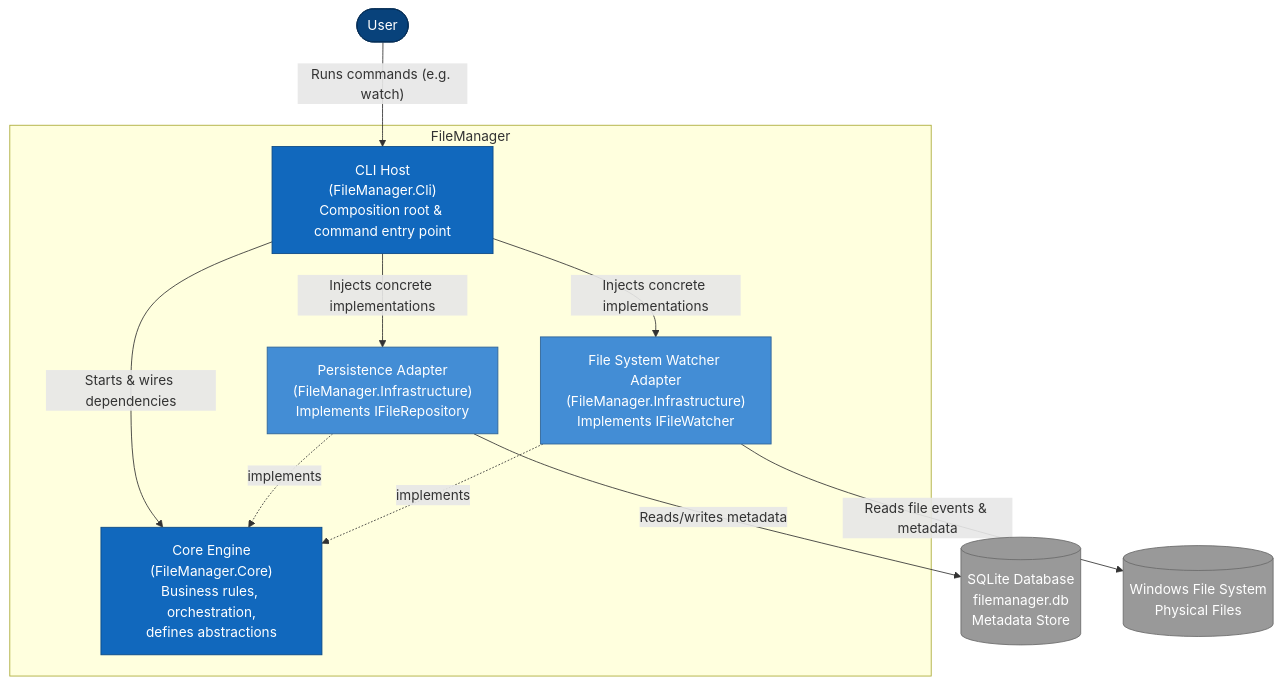
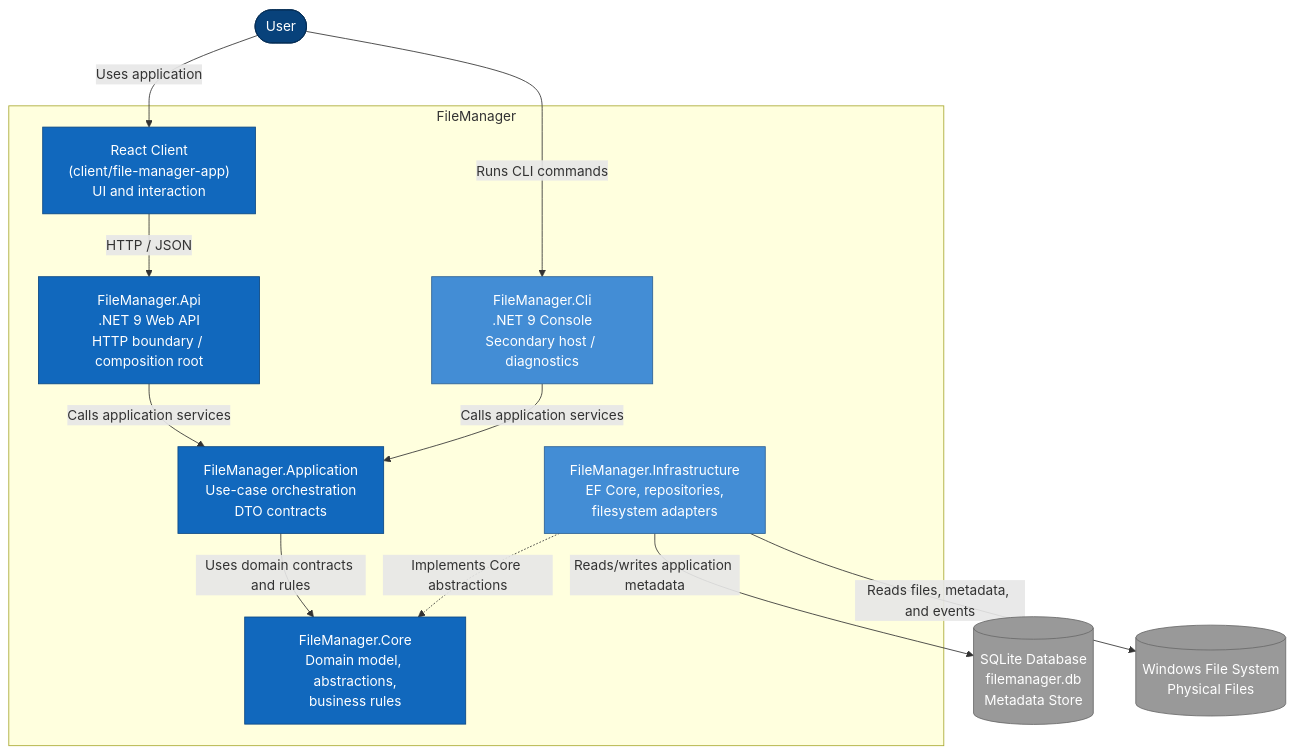
The diagram in Docs/c4/C2-CONTAINER.md (tamar-dev/FileManager), drawn with Mermaid before and after one commit. The commit also changed other lines of this file and 8 other files, not shown here.

Commit message:
docs: sync architecture, domain model, data flows and ADRs

`````diff
--- a/Docs/c4/C2-CONTAINER.md
+++ b/Docs/c4/C2-CONTAINER.md
@@ -14,33 +26,41 @@
 ```mermaid
 graph TB
     User([User])
 
     subgraph "FileManager"
-        CLI["CLI Host<br/>(FileManager.Cli)<br/>Composition root & command entry point"]
-        Core["Core Engine<br/>(FileManager.Core)<br/>Business rules, orchestration,<br/>defines abstractions"]
-        Persistence["Persistence Adapter<br/>(FileManager.Infrastructure)<br/>Implements IFileRepository"]
-        Watcher["File System Watcher Adapter<br/>(FileManager.Infrastructure)<br/>Implements IFileWatcher"]
+        React["React Client<br/>(client/file-manager-app)<br/>UI and interaction"]
+        Api["FileManager.Api<br/>.NET 9 Web API<br/>HTTP boundary / composition root"]
+        Cli["FileManager.Cli<br/>.NET 9 Console<br/>Secondary host / diagnostics"]
+        Application["FileManager.Application<br/>Use-case orchestration<br/>DTO contracts"]
+        Core["FileManager.Core<br/>Domain model, abstractions,<br/>business rules"]
+        Infrastructure["FileManager.Infrastructure<br/>EF Core, repositories,<br/>filesystem adapters"]
     end
 
     Database[("SQLite Database<br/>filemanager.db<br/>Metadata Store")]
     FileSystem[("Windows File System<br/>Physical Files")]
 
-    User -->|"Runs commands (e.g. watch)"| CLI
-    CLI -->|"Starts & wires dependencies"| Core
-    CLI -->|"Injects concrete implementations"| Persistence
-    CLI -->|"Injects concrete implementations"| Watcher
+    User -->|"Uses application"| React
+    User -->|"Runs CLI commands"| Cli
 
-    Persistence -.->|"implements"| Core
-    Watcher -.->|"implements"| Core
+    React -->|"HTTP / JSON"| Api
 
-    Persistence -->|"Reads/writes metadata"| Database
-    Watcher -->|"Reads file events & metadata"| FileSystem
+    Api -->|"Calls application services"| Application
+    Cli -->|"Calls application services"| Application
 
-    style CLI fill:#1168bd,stroke:#0b4884,color:#ffffff
+    Application -->|"Uses domain contracts and rules"| Core
+
+    Infrastructure -.->|"Implements Core abstractions"| Core
+
+    Infrastructure -->|"Reads/writes application metadata"| Database
+    Infrastructure -->|"Reads files, metadata, and events"| FileSystem
+
+    style React fill:#1168bd,stroke:#0b4884,color:#ffffff
+    style Api fill:#1168bd,stroke:#0b4884,color:#ffffff
+    style Cli fill:#438dd5,stroke:#2e6295,color:#ffffff
+    style Application fill:#1168bd,stroke:#0b4884,color:#ffffff
     style Core fill:#1168bd,stroke:#0b4884,color:#ffffff
-    style Persistence fill:#438dd5,stroke:#2e6295,color:#ffffff
-    style Watcher fill:#438dd5,stroke:#2e6295,color:#ffffff
+    style Infrastructure fill:#438dd5,stroke:#2e6295,color:#ffffff
     style Database fill:#999999,stroke:#6b6b6b,color:#ffffff
     style FileSystem fill:#999999,stroke:#6b6b6b,color:#ffffff
     style User fill:#08427b,stroke:#052e56,color:#ffffff
-```
+````
`````
